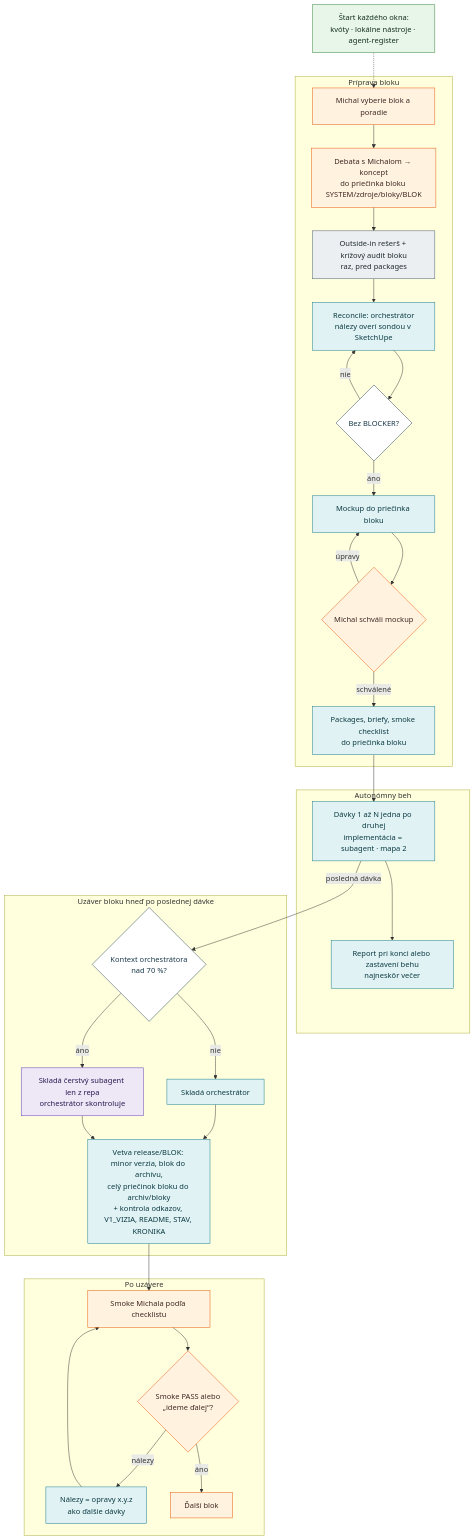
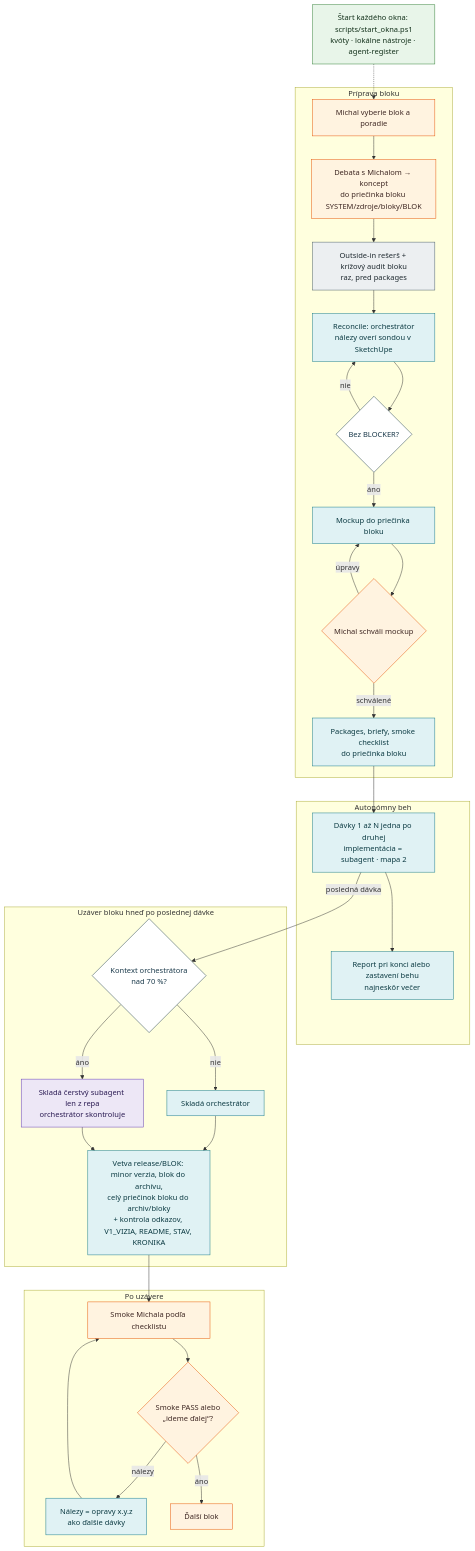
One commit to michalmoronga-alt/noxun-panel changed the first of 3 diagrams in SYSTEM/WORKFLOW.md. Above: the diagram before and after it, drawn with Mermaid. The commit also changed other lines of this file and 5 other files, not shown here.

First line of the commit message:
Docs: register agentov a štart okna v pravidlách + KRONIKA

````diff
--- a/SYSTEM/WORKFLOW.md
+++ b/SYSTEM/WORKFLOW.md
@@ -51,59 +56,59 @@
 ```mermaid
 flowchart TD
-  W["Štart každého okna:<br/>kvóty · lokálne nástroje · agent-register"]:::auto
+  W["Štart každého okna: scripts/start_okna.ps1<br/>kvóty · lokálne nástroje · agent-register"]:::auto
   subgraph PRIP["Príprava bloku"]
     A["Michal vyberie blok a poradie"]:::michal
     B["Debata s Michalom → koncept<br/>do priečinka bloku SYSTEM/zdroje/bloky/BLOK"]:::michal
     C["Outside-in rešerš + krížový audit bloku<br/>raz, pred packages"]:::ext
     D["Reconcile: orchestrátor<br/>nálezy overí sondou v SketchUpe"]:::orch
     G1{"Bez BLOCKER?"}:::gate
     F["Mockup do priečinka bloku"]:::orch
     G2{"Michal schváli mockup"}:::gateM
     H["Packages, briefy, smoke checklist<br/>do priečinka bloku"]:::orch
   end
   subgraph REAL["Autonómny beh"]
     I["Dávky 1 až N jedna po druhej<br/>implementácia = subagent · mapa 2"]:::orch
     RP["Report pri konci alebo zastavení behu<br/>najneskôr večer"]:::orch
   end
   subgraph UZ["Uzáver bloku hneď po poslednej dávke"]
     K{"Kontext orchestrátora<br/>nad 70 %?"}:::gate
     L1["Skladá orchestrátor"]:::orch
     L2["Skladá čerstvý subagent len z repa<br/>orchestrátor skontroluje"]:::sub
     L["Vetva release/BLOK: minor verzia, blok do archívu,<br/>celý priečinok bloku do archiv/bloky<br/>+ kontrola odkazov, V1_VIZIA, README, STAV, KRONIKA"]:::orch
   end
   subgraph PO["Po uzávere"]
     J["Smoke Michala podľa checklistu"]:::michal
     N{"Smoke PASS alebo<br/>„ideme ďalej“?"}:::gateM
     O["Nálezy = opravy x.y.z<br/>ako ďalšie dávky"]:::orch
     NB["Ďalší blok"]:::michal
   end
   W -.-> A
   A --> B
   B --> C
   C --> D
   D --> G1
   G1 -->|"nie"| D
   G1 -->|"áno"| F
   F --> G2
   G2 -->|"úpravy"| F
   G2 -->|"schválené"| H
   H --> I
   I --> RP
   I -->|"posledná dávka"| K
   K -->|"nie"| L1
   K -->|"áno"| L2
   L1 --> L
   L2 --> L
   L --> J
   J --> N
   N -->|"nálezy"| O
   O --> J
   N -->|"áno"| NB
   classDef michal fill:#fff3e0,stroke:#e65100,color:#3e2723
   classDef orch fill:#e0f2f4,stroke:#107787,color:#0b3a42
   classDef sub fill:#ede7f6,stroke:#5e35b1,color:#2a1a52
   classDef ext fill:#eceff1,stroke:#455a64,color:#1f2a30
   classDef auto fill:#e8f5e9,stroke:#2e7d32,color:#12301a
   classDef gate fill:#ffffff,stroke:#1b3a4b,color:#1b3a4b
   classDef gateM fill:#fff3e0,stroke:#e65100,color:#3e2723
 ```
````
